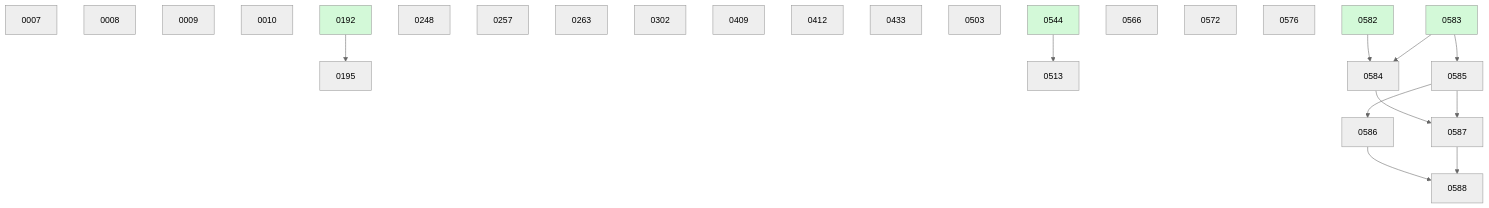
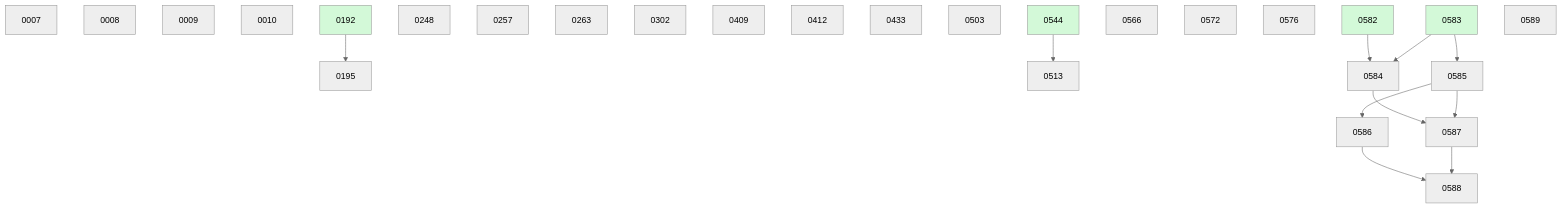
Before and after one commit to danielhanold/docket: the diagram in docs/changes/BOARD.md, drawn with Mermaid (neutral theme). The commit also changed other lines of this file and 1 other file, not shown here.

````diff
--- a/docs/changes/BOARD.md
+++ b/docs/changes/BOARD.md
@@ -42,33 +43,34 @@
 ```mermaid
 graph TD
   0007
   0008
   0009
   0010
   0192 --> 0195
   0248
   0257
   0263
   0302
   0409
   0412
   0433
   0503
   0544 --> 0513
   0566
   0572
   0576
   0582 --> 0584
   0583 --> 0584
   0583 --> 0585
   0585 --> 0586
   0584 --> 0587
   0585 --> 0587
   0586 --> 0588
   0587 --> 0588
+  0589
   0192:::done
   0544:::done
   0582:::done
   0583:::done
   classDef done fill:#d3f9d8;
 ```
````
